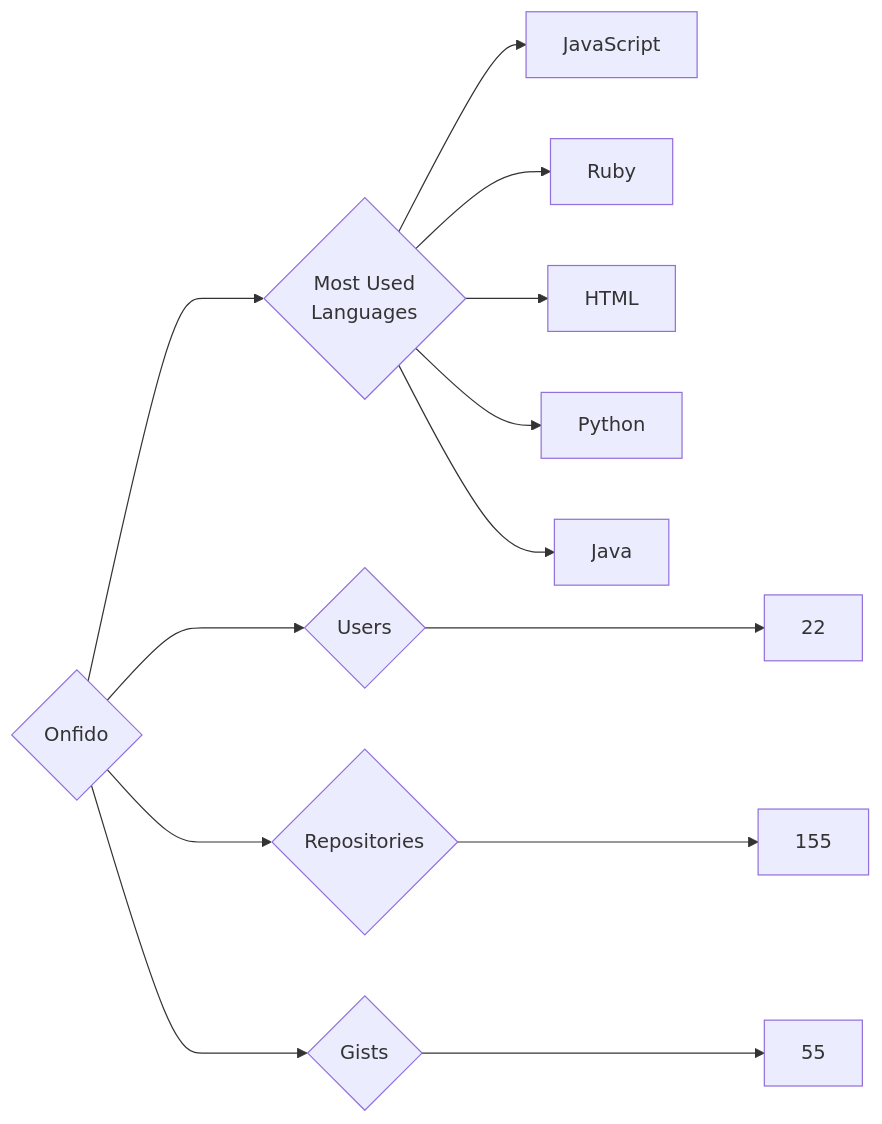
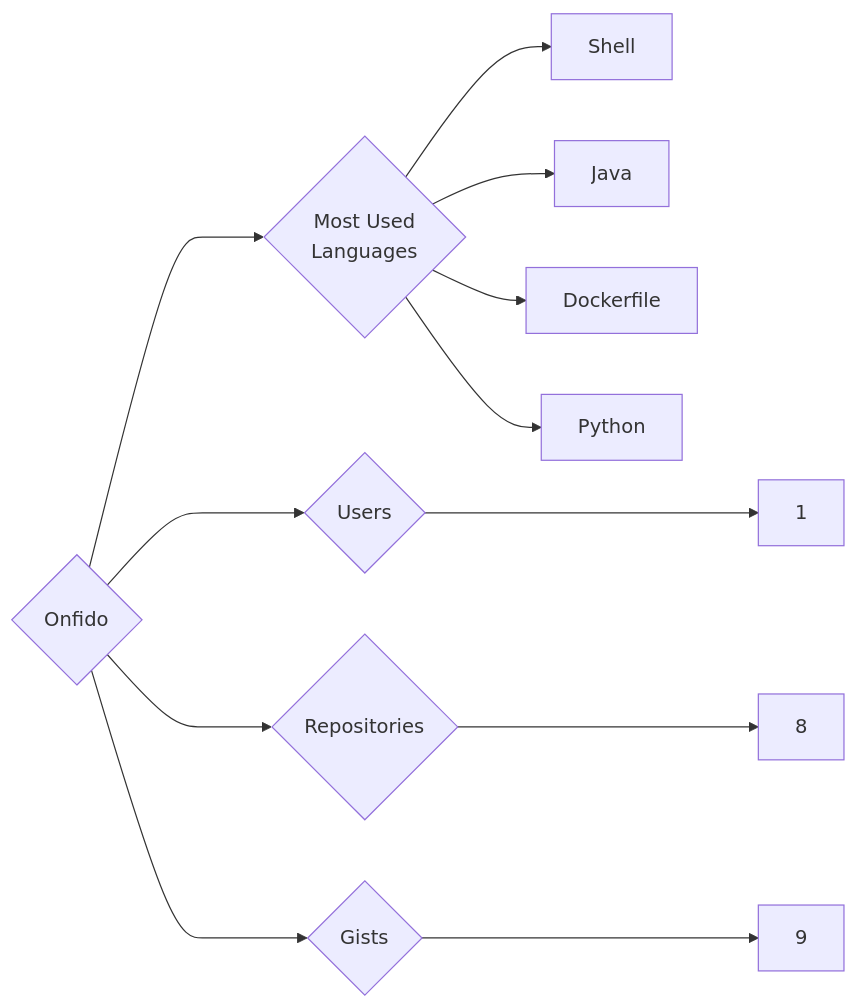
Before and after one commit to trickest/insiders: the diagram in targets/Onfido/README.md, drawn with Mermaid. The commit also changed 903 other files, not shown here.

````diff
--- a/targets/Onfido/README.md
+++ b/targets/Onfido/README.md
@@ -3,13 +3,12 @@
 ```mermaid
 graph LR
 COMPANY_NAME{Onfido}
-COMPANY_NAME ---> U{Users} ---> UN[22]
-COMPANY_NAME ---> R{Repositories} ---> RN[155]
-COMPANY_NAME ---> G{Gists} ---> GN[55]
+COMPANY_NAME ---> U{Users} ---> UN[1]
+COMPANY_NAME ---> R{Repositories} ---> RN[8]
+COMPANY_NAME ---> G{Gists} ---> GN[9]
 COMPANY_NAME ---> ML{Most Used<br>Languages}
-ML --> JavaScript[JavaScript]
-ML --> Ruby[Ruby]
-ML --> HTML[HTML]
+ML --> Shell[Shell]
+ML --> Java[Java]
+ML --> Dockerfile[Dockerfile]
 ML --> Python[Python]
-ML --> Java[Java]
 ```
````
